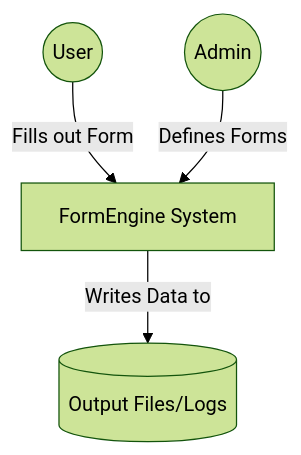
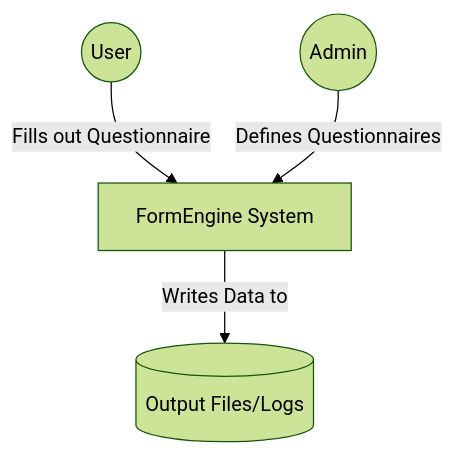
Before and after one commit to julzhk/FormEngine: the first of 4 diagrams in README.md, drawn with Mermaid (forest theme). The commit also changed other lines of this file and 2 other files, not shown here.

````diff
--- a/README.md
+++ b/README.md
@@ -14,6 +14,6 @@
 ```mermaid
 graph TD
-    User((User)) -->|Fills out Form| FormEngine[FormEngine System]
+    User((User)) -->|Fills out Questionnaire| FormEngine[FormEngine System]
     FormEngine -->|Writes Data to| Output[(Output Files/Logs)]
-    Admin((Admin)) -->|Defines Forms| FormEngine
+    Admin((Admin)) -->|Defines Questionnaires| FormEngine
 ```
````
